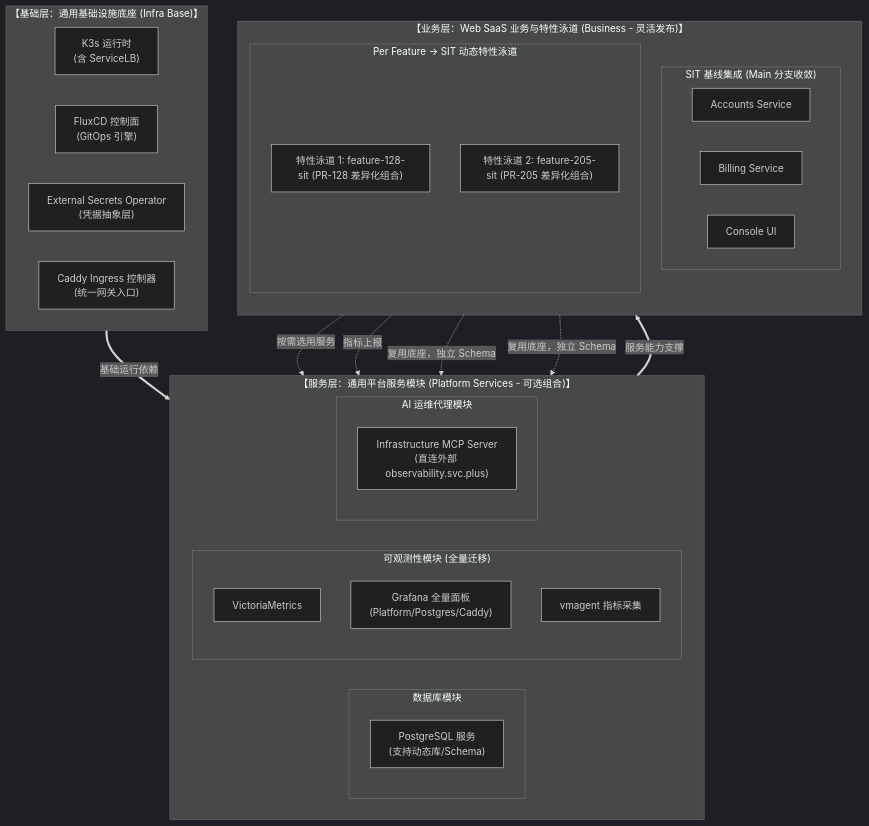
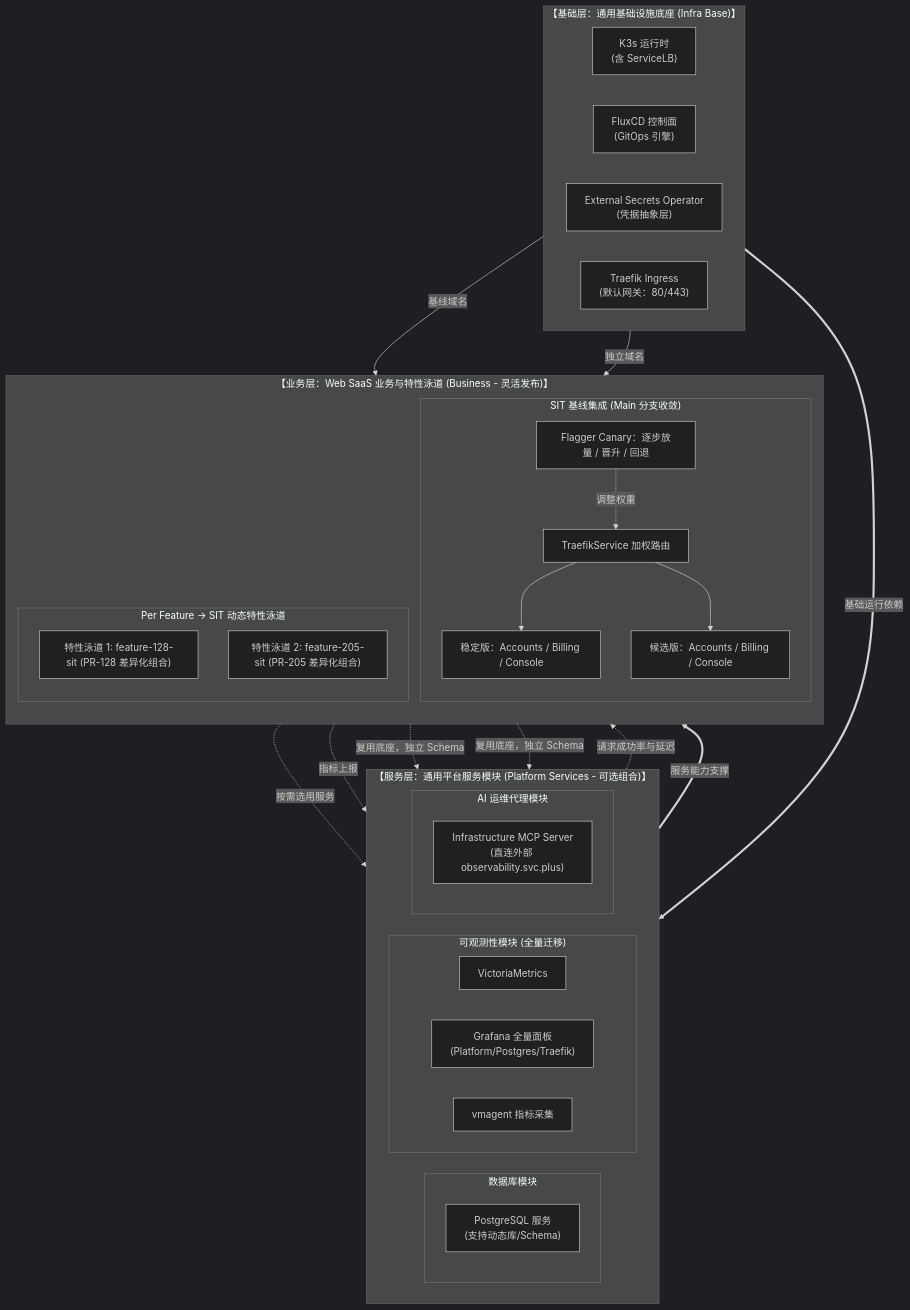
One commit to ai-workspace-services/knowledge changed the second of 2 diagrams in docs/reference/platform-delivery/clusters/sit-k3s-v6/SIT-K3S-V6-模块化交付与特性泳道规划.md. Above: the diagram before and after it, drawn with Mermaid (dark theme). The commit also changed other lines of this file, not shown here.

First line of the commit message:
docs(sit): show Traefik and Flagger in the deployment model (#396)

````diff
--- a/docs/reference/platform-delivery/clusters/sit-k3s-v6/SIT-K3S-V6-模块化交付与特性泳道规划.md
+++ b/docs/reference/platform-delivery/clusters/sit-k3s-v6/SIT-K3S-V6-模块化交付与特性泳道规划.md
@@ -162,45 +167,52 @@
 ```mermaid
 flowchart TD
     subgraph Tier1["【基础层：通用基础设施底座 (Infra Base)】"]
         direction LR
         K3S["K3s 运行时<br/>(含 ServiceLB)"]
         FLUX["FluxCD 控制面<br/>(GitOps 引擎)"]
         ESO["External Secrets Operator<br/>(凭据抽象层)"]
-        INGRESS_CORE["Caddy Ingress 控制器<br/>(统一网关入口)"]
+        INGRESS_CORE["Traefik Ingress<br/>(默认网关：80/443)"]
     end
 
     subgraph Tier2["【服务层：通用平台服务模块 (Platform Services - 可选组合)】"]
         direction LR
         subgraph ModDB["数据库模块"]
             PG["PostgreSQL 服务<br/>(支持动态库/Schema)"]
         end
         subgraph ModObs["可观测性模块 (全量迁移)"]
             VM["VictoriaMetrics"]
-            GF["Grafana 全量面板<br/>(Platform/Postgres/Caddy)"]
+            GF["Grafana 全量面板<br/>(Platform/Postgres/Traefik)"]
             AGENT["vmagent 指标采集"]
         end
         subgraph ModMCP["AI 运维代理模块"]
             MCP_CORE["Infrastructure MCP Server<br/>(直连外部 observability.svc.plus)"]
         end
     end
 
     subgraph Tier3["【业务层：Web SaaS 业务与特性泳道 (Business - 灵活发布)】"]
         direction TB
         subgraph Baseline["SIT 基线集成 (Main 分支收敛)"]
-            ACCOUNTS["Accounts Service"]
-            BILLING["Billing Service"]
-            CONSOLE["Console UI"]
+            WEIGHT["TraefikService 加权路由"]
+            STABLE["稳定版：Accounts / Billing / Console"]
+            CANDIDATE["候选版：Accounts / Billing / Console"]
+            FLAGGER["Flagger Canary：逐步放量 / 晋升 / 回退"]
+            WEIGHT --> STABLE
+            WEIGHT --> CANDIDATE
+            FLAGGER -.->|调整权重| WEIGHT
         end
         subgraph FeatureLanes["Per Feature -> SIT 动态特性泳道"]
             FEAT_A["特性泳道 1: feature-128-sit (PR-128 差异化组合)"]
             FEAT_B["特性泳道 2: feature-205-sit (PR-205 差异化组合)"]
         end
     end
 
     Tier1 ==>|基础运行依赖| Tier2
     Tier2 ==>|服务能力支撑| Tier3
+    INGRESS_CORE -->|基线域名| WEIGHT
+    INGRESS_CORE -->|独立域名| FeatureLanes
+    VM -.->|请求成功率与延迟| FLAGGER
     Baseline -.->|按需选用服务| ModDB
     Baseline -.->|指标上报| ModObs
     FEAT_A -.->|复用底座，独立 Schema| ModDB
     FEAT_B -.->|复用底座，独立 Schema| ModDB
 ```
````
